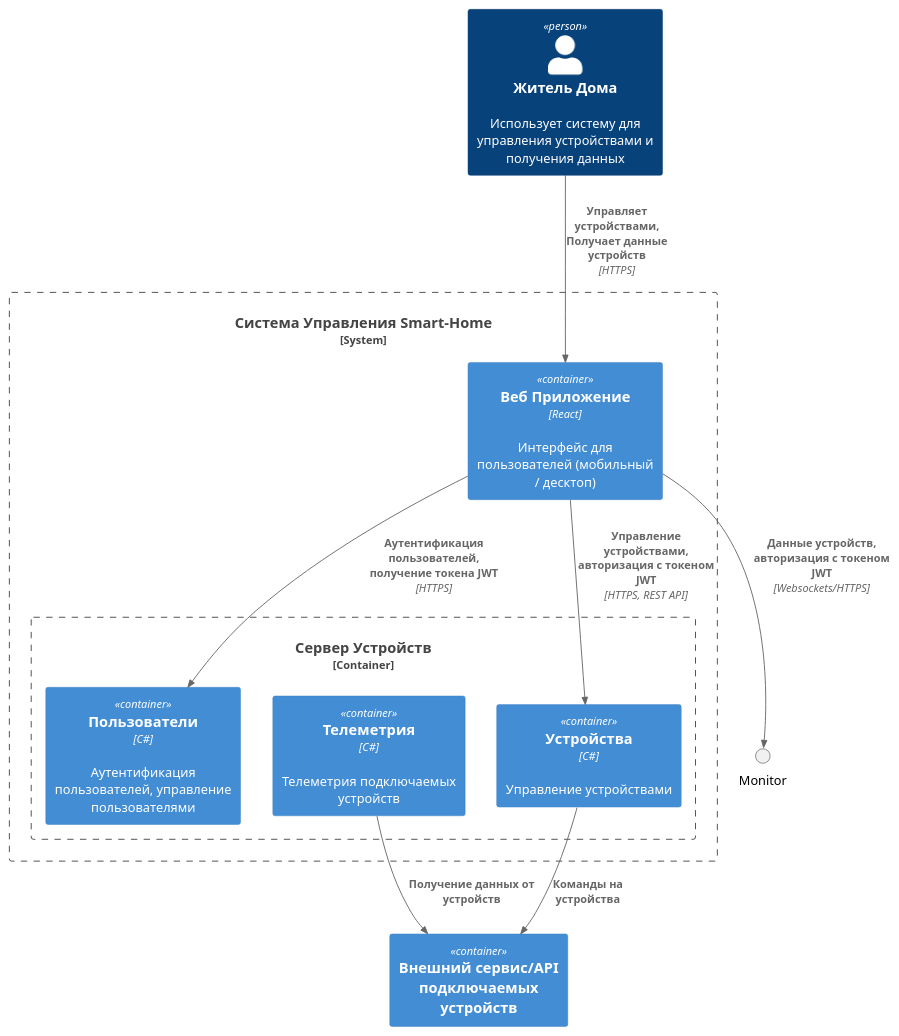
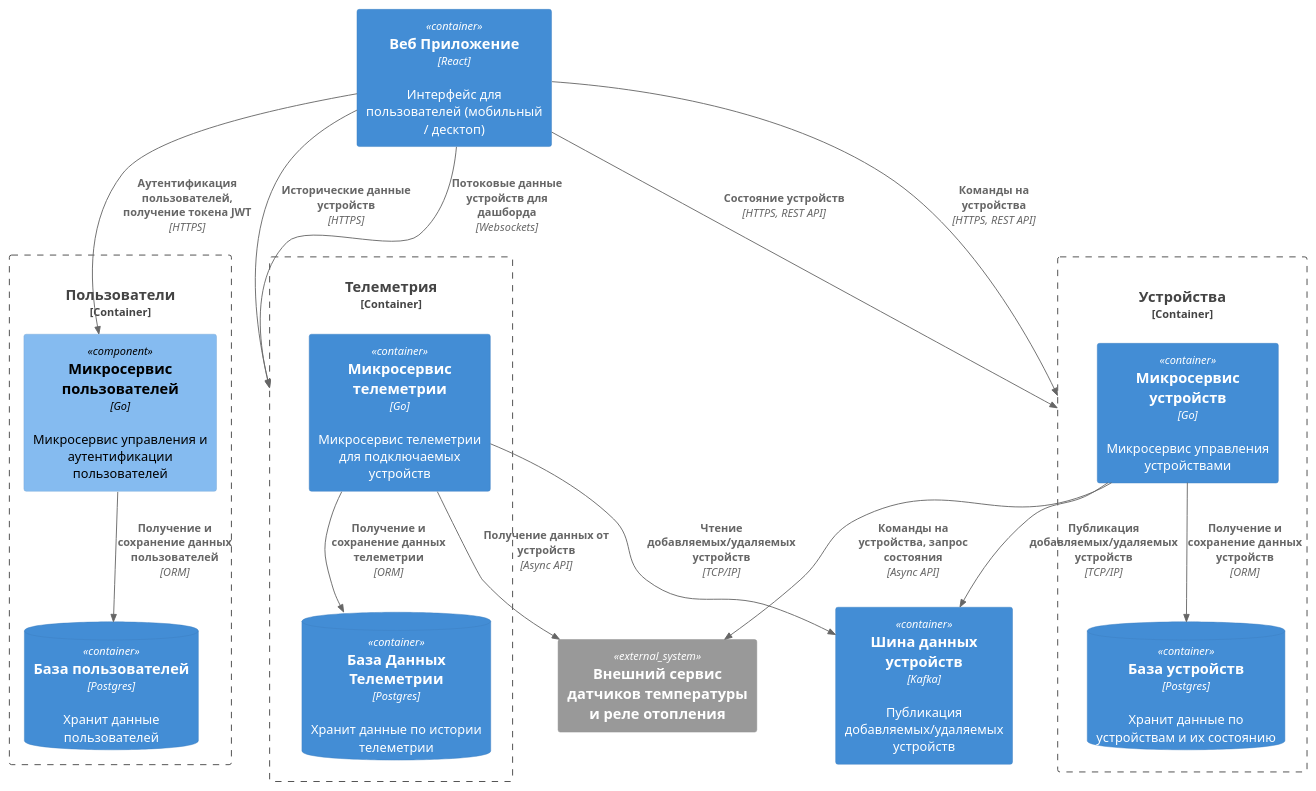
One commit to Alexeus77/Yandex-Practicum-Arch-Go changed the diagram in C4/Microservices.Context.puml. Above: the diagram before and after it, drawn with PlantUML. The commit also changed 3 other files, not shown here.

```diff
--- a/C4/Microservices.Context.puml
+++ b/C4/Microservices.Context.puml
@@ -1,23 +1,33 @@
 @startuml
 !include ./includes/C4_Container.puml
-Person(HomeUser, "Житель Дома", "Использует систему для управления устройствами и получения данных")
+!include ./includes/C4_Component.puml
+Container(HeatingWebApp, "Веб Приложение", "React", "Интерфейс для пользователей (мобильный / десктоп)")
+Container_Boundary(User, "Пользователи", "Управление пользователями") {
+        Component(UserService, "Микросервис пользователей", "Go", "Микросервис управления и аутентификации пользователей")
+        ContainerDb(UserDatabase, "База пользователей", "Postgres", "Хранит данные пользователей")        
+    }
+Container_Boundary(Telemetry, "Телеметрия") {
+    ContainerDb(TelemetryDatabase, "База Данных Телеметрии", "Postgres", "Хранит данные по истории телеметрии")
+    Container(TelemetryService, "Микросервис телеметрии", "Go", "Микросервис телеметрии для подключаемых устройств")
+    }
+Container_Boundary(Devices, "Устройства", "Управление устройствами") {
+    ContainerDb(DeviceDatabase, "База устройств", "Postgres", "Хранит данные по устройствам и их состоянию")
+    Container(DeviceService, "Микросервис устройств", "Go", "Микросервис управления устройствами")
+    }
+Container(DeviceBus, "Шина данных устройств", "Kafka", "Публикация добавляемых/удаляемых устройств")
 
-System_Boundary(HeatingSystem, "Система Управления Smart-Home"){
-    Container(HeatingWebApp, "Веб Приложение", "React", "Интерфейс для пользователей (мобильный / десктоп)")
-    
-    Container_Boundary(Backend, "Сервер Устройств") {
-        Container(UserService, "Пользователи", "C#", "Аутентификация пользователей, управление пользователями")
-            Container(Telemetry, "Телеметрия", "C#", "Телеметрия подключаемых устройств")
-            Container(Devices, "Устройства", "C#", "Управление устройствами")
-    }
-}
+System_Ext(CloudService, "Внешний сервис датчиков температуры и реле отопления", "", "")
 
-Container(CloudService, "Внешний сервис/API подключаемых устройств", "", "")
-        
-Rel(HomeUser, HeatingWebApp, "Управляет устройствами, Получает данные устройств", "HTTPS")
-Rel(HeatingWebApp, Monitor, "Данные устройств, авторизация с токеном JWT", "Websockets/HTTPS")
 Rel(HeatingWebApp, UserService, "Аутентификация пользователей, получение токена JWT", "HTTPS")
-Rel(HeatingWebApp, Devices, "Управление устройствами, авторизация с токеном JWT", "HTTPS, REST API")
-Rel(Telemetry, CloudService, "Получение данных от устройств")
-Rel(Devices, CloudService, "Команды на устройства")
+Rel(UserService, UserDatabase, "Получение и сохранение данных пользователей", "ORM")        
+Rel(HeatingWebApp, Telemetry, "Потоковые данные устройств для дашборда", "Websockets")
+Rel(HeatingWebApp, Telemetry, "Исторические данные устройств", "HTTPS")
+Rel(HeatingWebApp, Devices, "Команды на устройства", "HTTPS, REST API")
+Rel(HeatingWebApp, Devices, "Состояние устройств", "HTTPS, REST API")
+Rel(TelemetryService, TelemetryDatabase, "Получение и сохранение данных телеметрии", "ORM")
+Rel(DeviceService, DeviceBus, "Публикация добавляемых/удаляемых устройств", "TCP/IP")
+Rel(DeviceService, DeviceDatabase, "Получение и сохранение данных устройств", "ORM")
+Rel(TelemetryService, DeviceBus, "Чтение добавляемых/удаляемых устройств", "TCP/IP")
+Rel(TelemetryService, CloudService, "Получение данных от устройств", "Async API")
+Rel(DeviceService, CloudService, "Команды на устройства, запрос состояния", "Async API")
 @enduml
```
